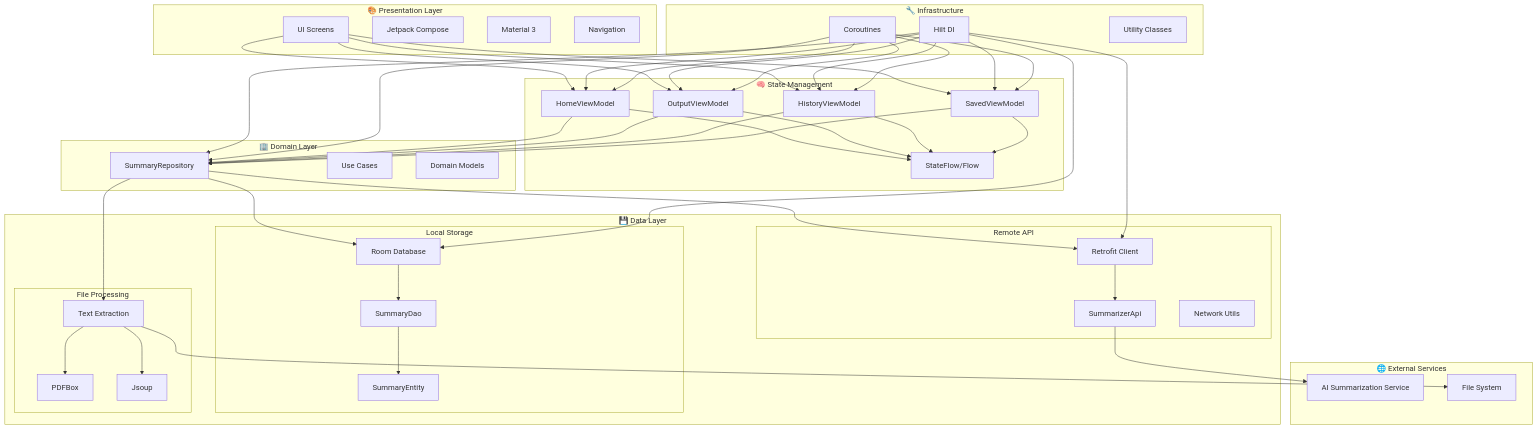
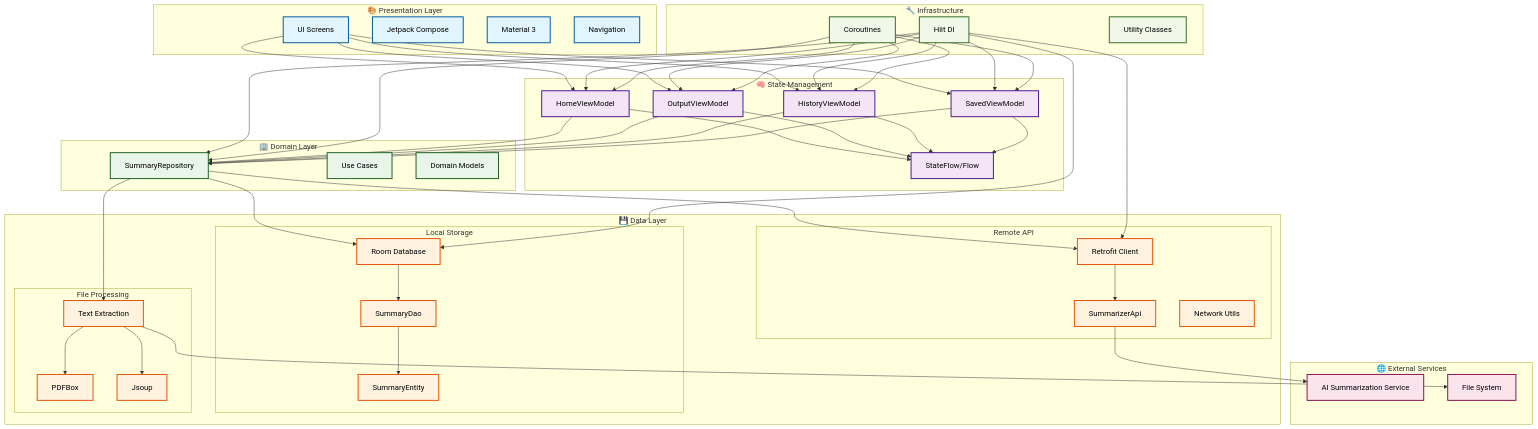
One commit to MingLu0/SummarizeAI changed the diagram in ReadMe.md. Above: the diagram before and after it, drawn with Mermaid. The commit also changed other lines of this file, not shown here.

First line of the commit message:
Update README: Remove Navigation Flow Diagram and enhance System Architecture Diagram

```diff
--- a/ReadMe.md
+++ b/ReadMe.md
@@ -98,6 +98,22 @@
         Utils[Utility Classes]
     end
 
+    %% Styling
+    classDef presentation fill:#e1f5fe,stroke:#01579b,stroke-width:2px,color:#000
+    classDef state fill:#f3e5f5,stroke:#4a148c,stroke-width:2px,color:#000
+    classDef domain fill:#e8f5e8,stroke:#1b5e20,stroke-width:2px,color:#000
+    classDef data fill:#fff3e0,stroke:#e65100,stroke-width:2px,color:#000
+    classDef external fill:#fce4ec,stroke:#880e4f,stroke-width:2px,color:#000
+    classDef infrastructure fill:#f1f8e9,stroke:#33691e,stroke-width:2px,color:#000
+
+    %% Apply styles
+    class UI,Compose,Material,Navigation presentation
+    class VM1,VM2,VM3,VM4,StateFlow state
+    class Repo,UseCases,Models domain
+    class Room,DAO,Entity,Retrofit,API,Network,PDF,Jsoup,TextExtract data
+    class AIService,FileSystem external
+    class Hilt,Coroutines,Utils infrastructure
+
     %% Connections
     UI --> VM1
     UI --> VM2
```
